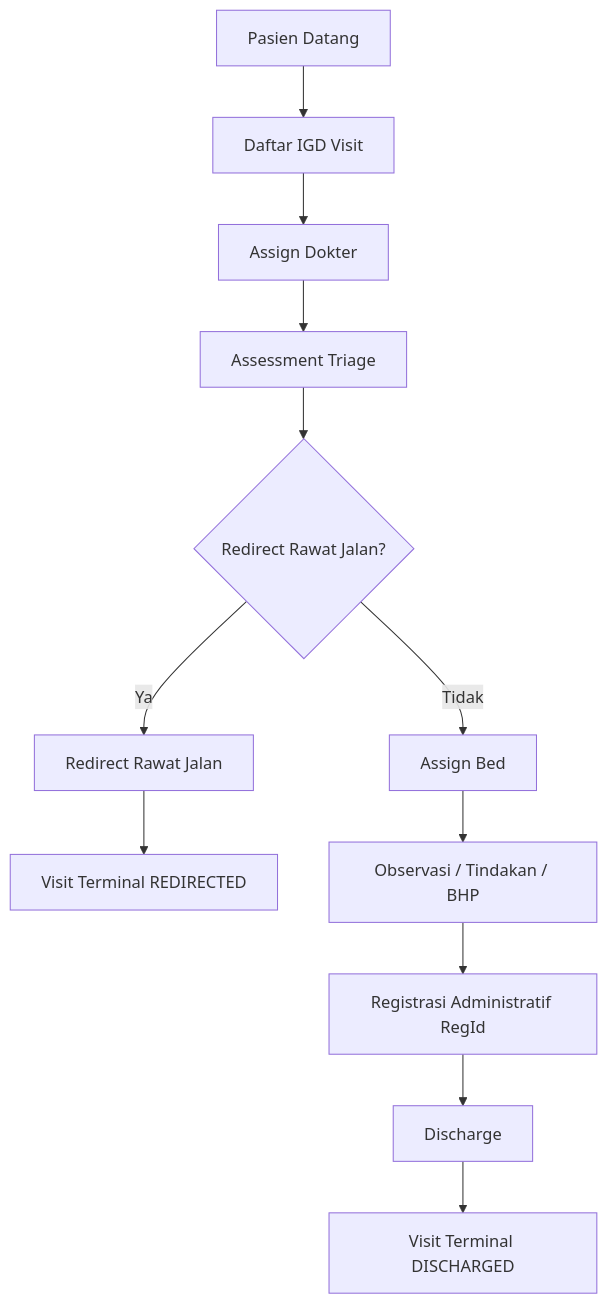
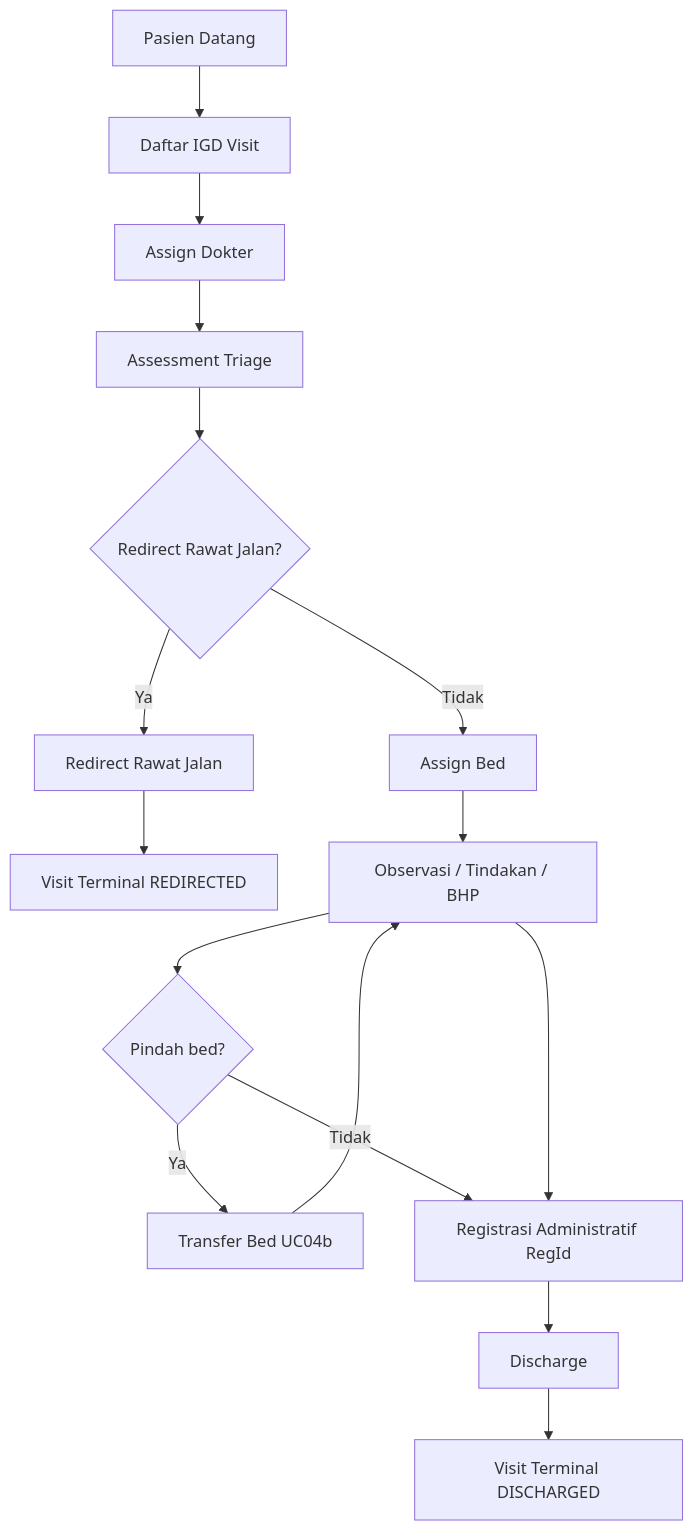
Before and after one commit to smart-ics/b09-bilreg-api: the diagram in docs/contexts/igd/igd-01-context.md, drawn with Mermaid. The commit also changed other lines of this file and 12 other files, not shown here.

First line of the commit message:
feat(igd): tambah UC04b transfer bed

````diff
--- a/docs/contexts/igd/igd-01-context.md
+++ b/docs/contexts/igd/igd-01-context.md
@@ -53,14 +54,18 @@
 ```mermaid
 flowchart TD
     A[Pasien Datang] --> B[Daftar IGD Visit]
     B --> C[Assign Dokter]
     C --> D[Assessment Triage]
     D --> E{Redirect Rawat Jalan?}
     E -->|Ya| F[Redirect Rawat Jalan]
     F --> G[Visit Terminal REDIRECTED]
     E -->|Tidak| H[Assign Bed]
     H --> I[Observasi / Tindakan / BHP]
-    I --> J[Registrasi Administratif RegId]
+    I --> T{Pindah bed?}
+    T -->|Ya| T1[Transfer Bed UC04b]
+    T1 --> I
+    T -->|Tidak| J[Registrasi Administratif RegId]
+    I --> J
     J --> K[Discharge]
     K --> L[Visit Terminal DISCHARGED]
 ```
````
